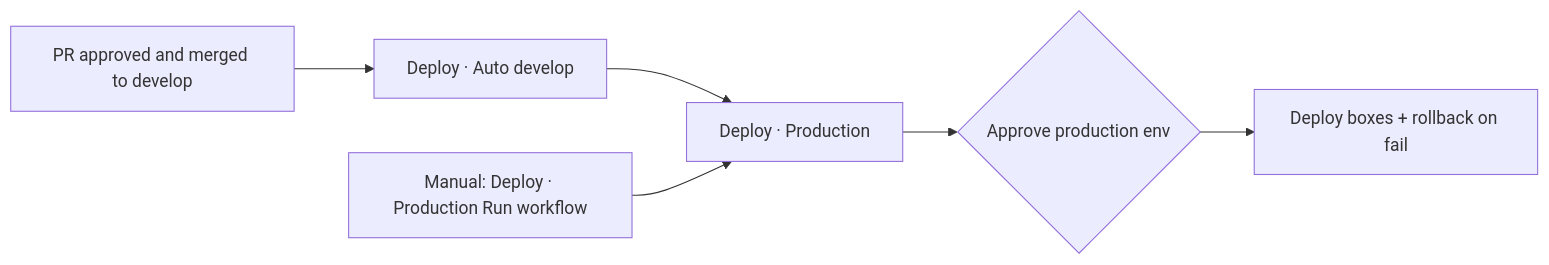
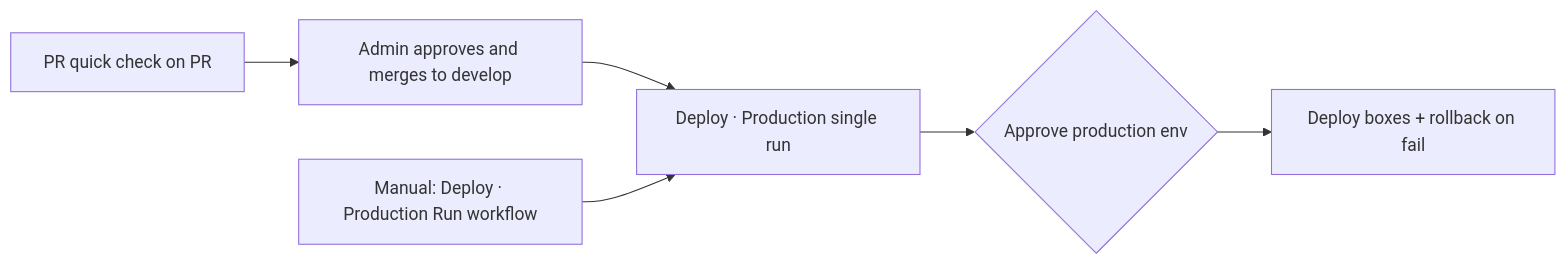
Before and after one commit to moback-ai/interviewcoach-AI: the diagram in docs/REQUIREMENTS.md, drawn with Mermaid. The commit also changed other lines of this file and 15 other files, not shown here.

````diff
--- a/docs/REQUIREMENTS.md
+++ b/docs/REQUIREMENTS.md
@@ -83,8 +84,8 @@
 ```mermaid
 flowchart LR
-  A[PR approved and merged to develop] --> B[Deploy · Auto develop]
-  B --> C[Deploy · Production]
+  A[PR quick check on PR] --> B[Admin approves and merges to develop]
+  B --> C[Deploy · Production single run]
   C --> D{Approve production env}
   D --> E[Deploy boxes + rollback on fail]
   M[Manual: Deploy · Production Run workflow] --> C
 ```
````
